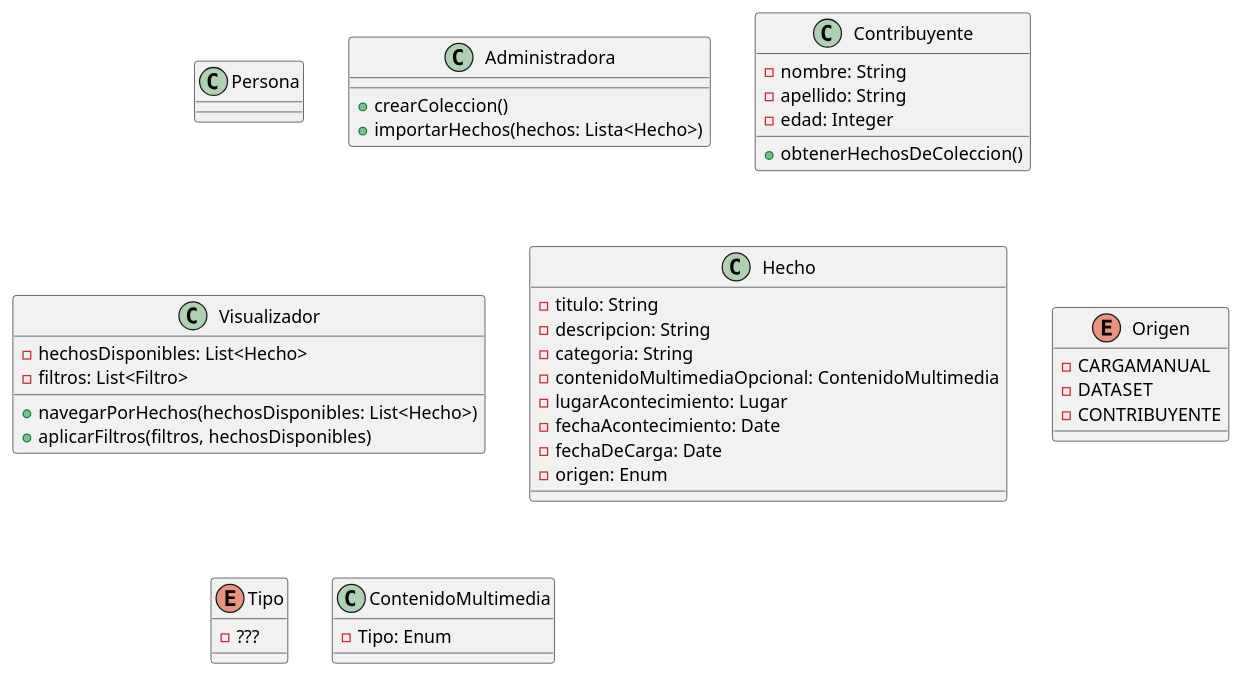
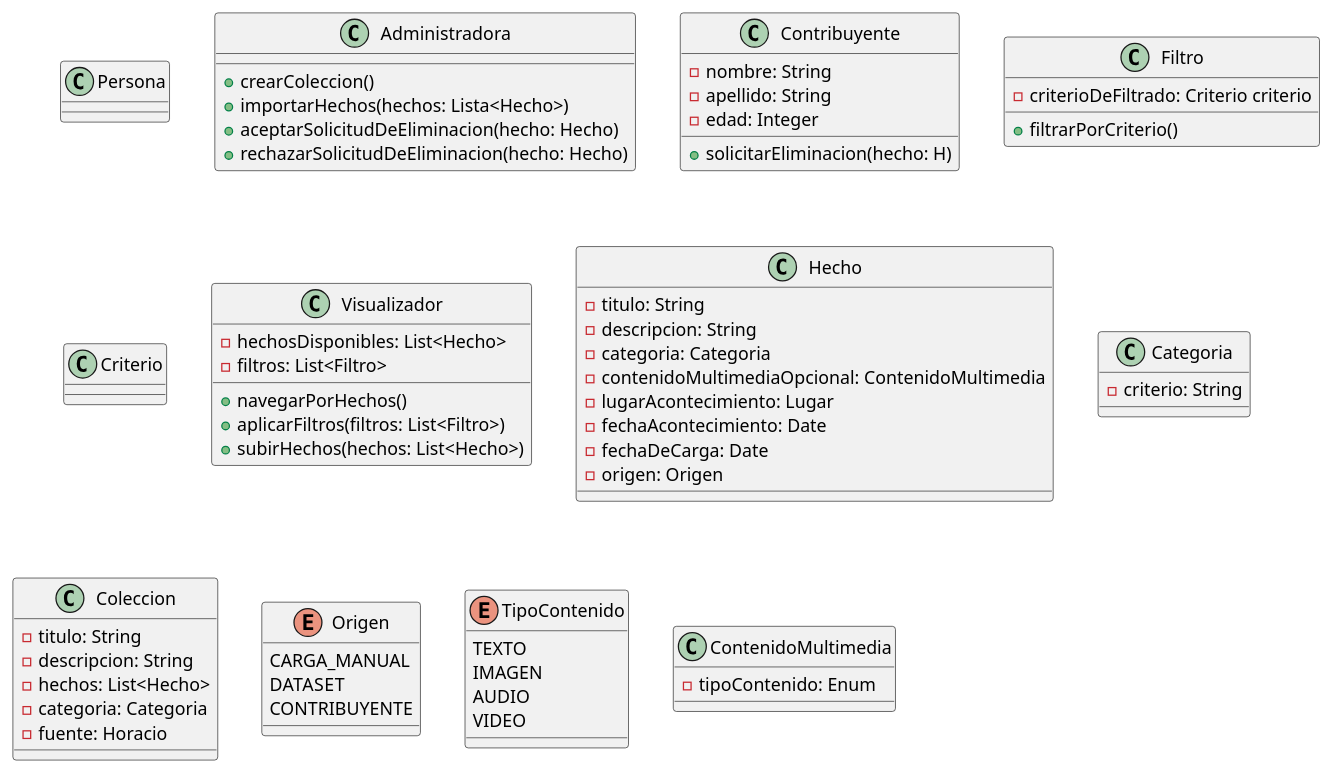
One commit to LuccaBertani/TP_DDSI changed the diagram in src/DiagramaClases.puml. Above: the diagram before and after it, drawn with PlantUML.

Commit message:
avance diagrama clase

```diff
--- a/src/DiagramaClases.puml
+++ b/src/DiagramaClases.puml
@@ -1,56 +1,91 @@
 @startuml
 class Persona{
 
 }
 
 class Administradora {
     +crearColeccion()
     +importarHechos(hechos: Lista<Hecho>)
+    +aceptarSolicitudDeEliminacion(hecho: Hecho)
+    +rechazarSolicitudDeEliminacion(hecho: Hecho)
+    'aceptar y solicitar se podrian simplificar en un metodo evaluarSolicitudDeEliminacion(hecho)'
+    'la solicitud la manda el Contribuyente'
 }
 
 class Contribuyente {
     -nombre: String
     -apellido: String
     -edad: Integer
-    +obtenerHechosDeColeccion()
+    +solicitarEliminacion(hecho: H)
 }
 
-'Class Filtro'
+
+class Filtro {
+    -criterioDeFiltrado: Criterio criterio
+    +filtrarPorCriterio()
+}
+
+
+'lista de hechos: Fuegos locos
+'[titulo, fecha]
+'Fuegos locos -> titulos
+'Fuegos locos filtrada por titulos -> fecha
+'Fuegos locos filtrada por titulo y fecha
+
+class Criterio {
+
+}
+
 class Visualizador {
     -hechosDisponibles: List<Hecho>
     -filtros: List<Filtro>
-    +navegarPorHechos(hechosDisponibles: List<Hecho>)
-    +aplicarFiltros(filtros, hechosDisponibles)
+    +navegarPorHechos()
+    +aplicarFiltros(filtros: List<Filtro>)
+    +subirHechos(hechos: List<Hecho>)
 }
 
 'DATO DE COLOR: Los hechos son los archivos .csv
 class Hecho {
     -titulo: String
     -descripcion: String
-    -categoria: String
+    -categoria: Categoria
     -contenidoMultimediaOpcional: ContenidoMultimedia
     -lugarAcontecimiento: Lugar
     -fechaAcontecimiento: Date
     -fechaDeCarga: Date
-    -origen: Enum
+    -origen: Origen
 }
 
-enum Origen{
-    -CARGAMANUAL
-    -DATASET
-    -CONTRIBUYENTE
+class Categoria {
+    -criterio: String
 }
 
-enum Tipo{
-    - ???
+class Coleccion {
+    -titulo: String
+    -descripcion: String
+    -hechos: List<Hecho>
+    -categoria: Categoria
+    -fuente: Horacio
 }
 
-class ContenidoMultimedia{
+enum Origen {
+    CARGA_MANUAL
+    DATASET
+    CONTRIBUYENTE
+}
 
-    -Tipo: Enum
+enum TipoContenido {
+    TEXTO
+    IMAGEN
+    AUDIO
+    VIDEO
+}
+
+class ContenidoMultimedia {
+    -tipoContenido: Enum
 
 }
 
 ' -tipo: tipoDeHecho
 
 @enduml
```
